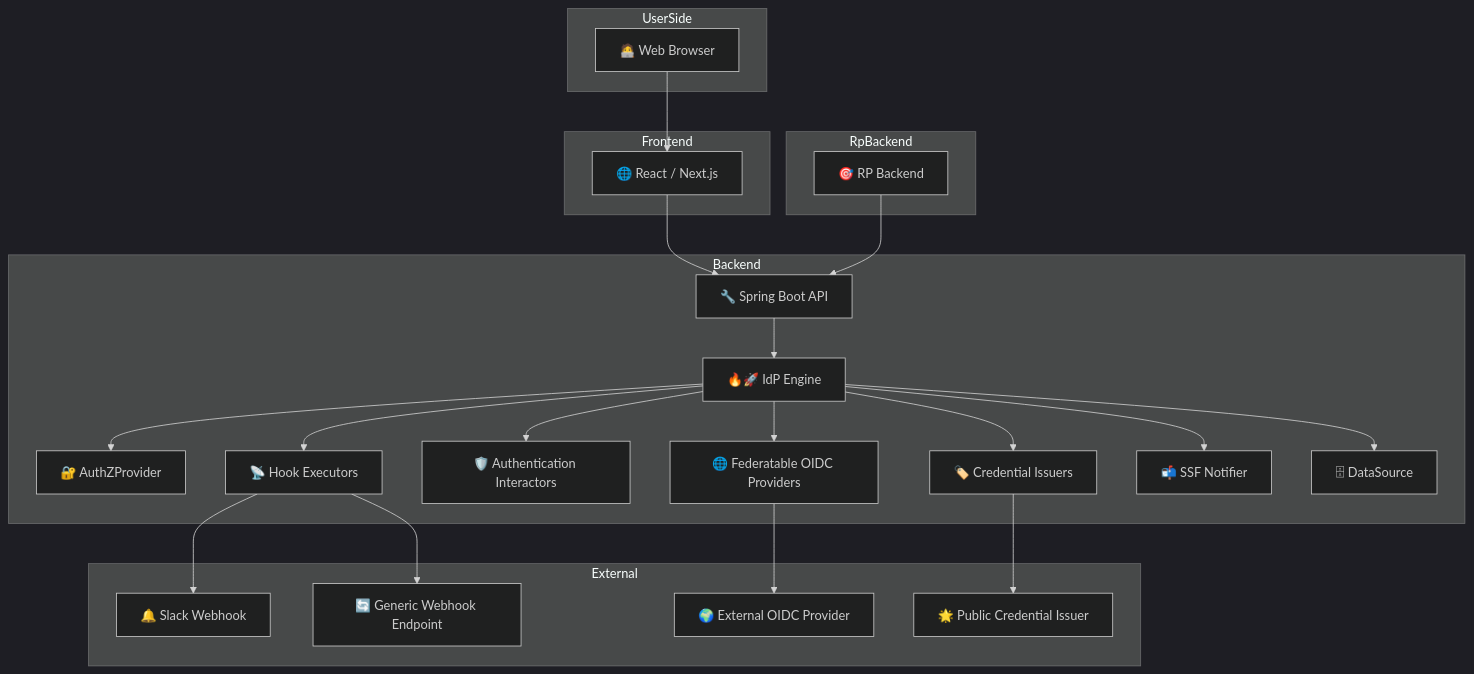
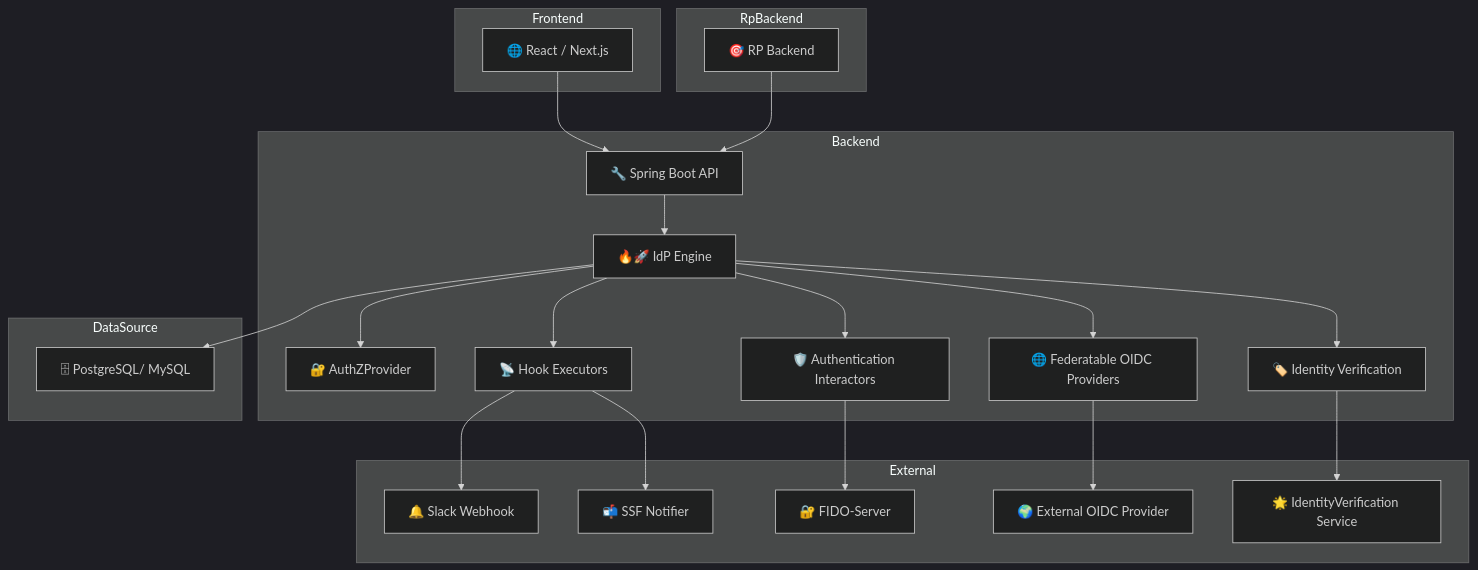
Before and after one commit to hirokazu-kobayashi-koba-hiro/idp-server: the first of 2 diagrams in documentation/docs/introduction.md, drawn with Mermaid (dark theme). The commit also changed other lines of this file, not shown here.

````diff
--- a/documentation/docs/introduction.md
+++ b/documentation/docs/introduction.md
@@ -36,53 +37,52 @@
 ```mermaid
 
 graph TD
-  subgraph UserSide
-    browser[🧑‍💻 Web Browser]
-  end
 
   subgraph Frontend
     frontend[🌐 React / Next.js]
   end
 
   subgraph RpBackend
     rp[🎯 RP Backend]
   end
 
   subgraph Backend
     backend[🔧 Spring Boot API]
     idp[🔥🚀 IdP Engine]
     authz[🔐 AuthZProvider]
     hook[📡 Hook Executors]
     authn[🛡️ Authentication Interactors]
-    cred[🏷️ Credential Issuers]
+    ida[🏷️ Identity Verification]
     federation[🌐 Federatable OIDC Providers]
-    ssf[📬 SSF Notifier]
-    datasource[🗄 DataSource]
+    
+  end
+  
+  subgraph DataSource
+    datasource[🗄 PostgreSQL/ MySQL]
   end
 
   subgraph External
     slack[🔔 Slack Webhook]
-    webhook[🔄 Generic Webhook Endpoint]
+    ssf[📬 SSF Notifier]
+    fido[🔐 FIDO-Server]
     oidc[🌍 External OIDC Provider]
-    publicvc[🌟 Public Credential Issuer]
+    verification[🌟 IdentityVerification Service]
   end
 
-  browser --> frontend
   frontend --> backend
   rp --> backend
   backend --> idp
   idp --> datasource
 
   idp --> authz
   idp --> authn
   idp --> hook
-  idp --> cred
+  idp --> ida
   idp --> federation
-  idp --> ssf
 
   hook --> slack
-  hook --> webhook
+  hook --> ssf
+  authn --> fido
   federation --> oidc
-  cred --> publicvc
-
+  ida --> verification
 ```
````
